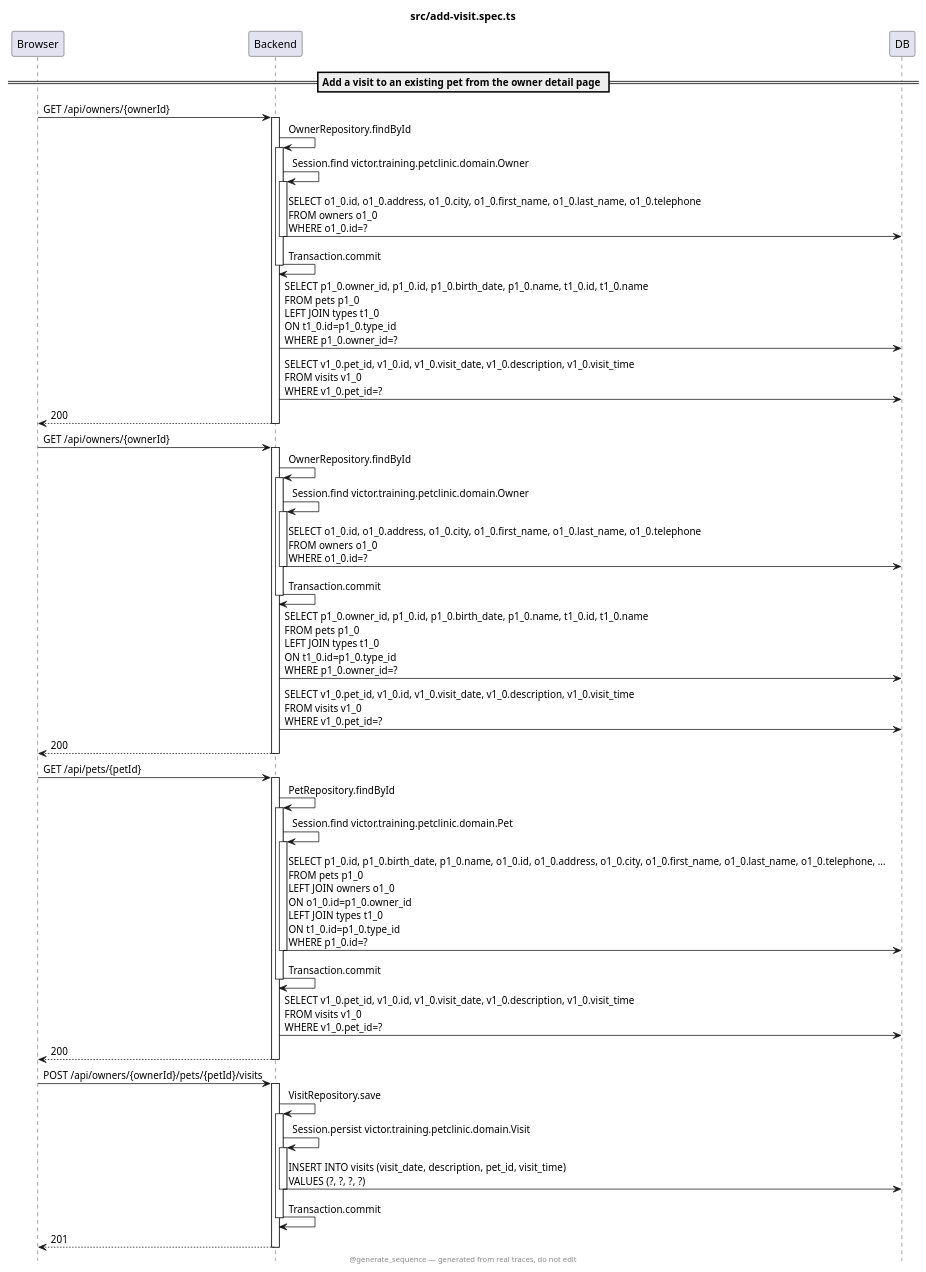
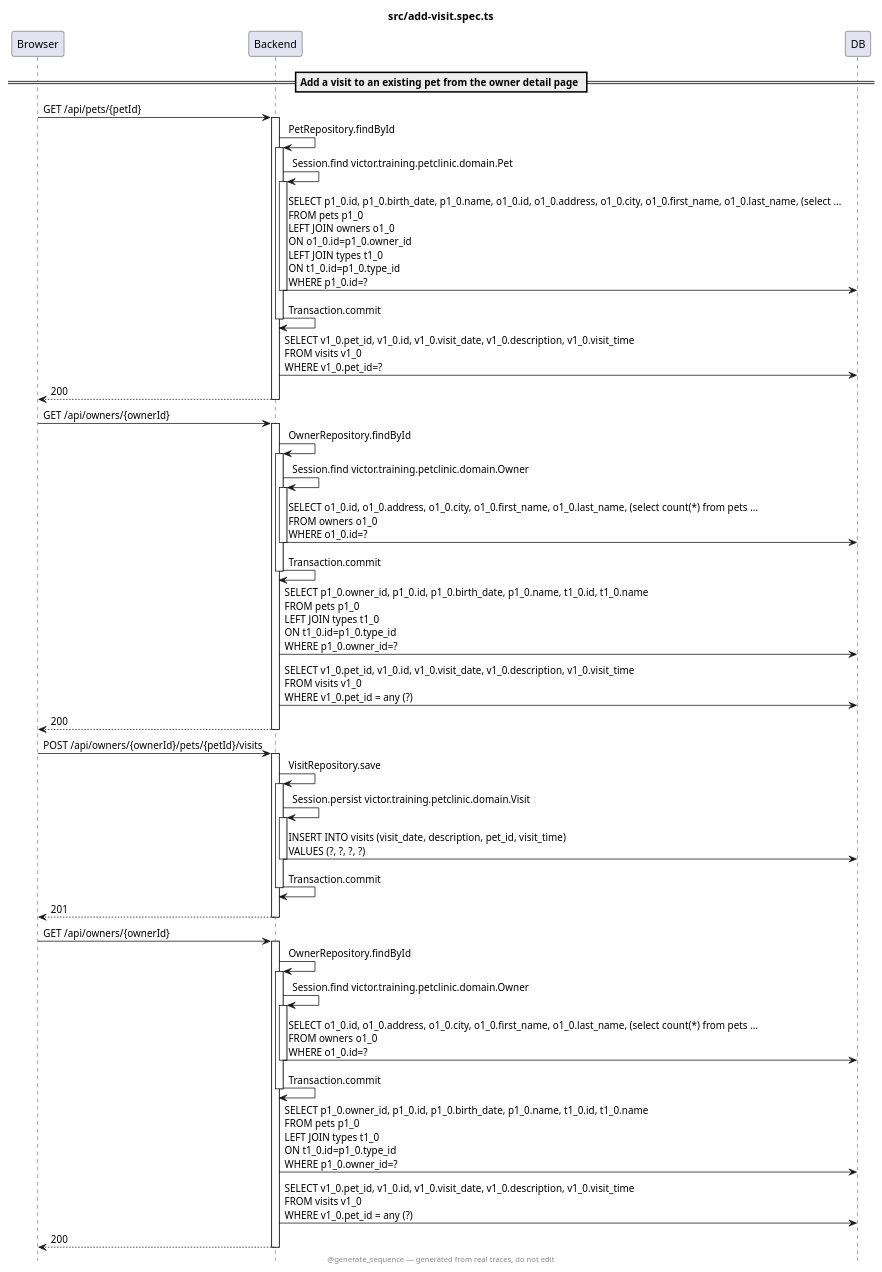
One commit to victorrentea/petclinic changed the diagram in petclinic-test/src/add-visit.spec.ts.seqgen.puml. Above: the diagram before and after it, drawn with PlantUML. The commit also changed 21 other files, not shown here.

First line of the commit message:
fix(seqgen): the diagram was lying about order, and about the SQL it drew

```diff
--- a/petclinic-test/src/add-visit.spec.ts.seqgen.puml
+++ b/petclinic-test/src/add-visit.spec.ts.seqgen.puml
@@ -1,75 +1,75 @@
 @startuml
 ' ⚠️  GENERATED FILE — DO NOT EDIT. Every edit is lost on the next run.
 ' Drawn from real Tempo traces of src/add-visit.spec.ts, for the scenarios tagged
 ' @generate_sequence. Change the test, not this file, then regenerate with
 ' petclinic-test/run-tests-with-tracing.sh
 '
 ' Detail shown here: SQL shown, values as ? · HTTP bodies not shown
 ' Want more or less? The traces already carry all of it — re-rendering replays
 ' them from Tempo (~1s): no test run, no backend, no browser, only Grafana up:
 '     cd petclinic-test
 '     npm run diagram:lean    # call flow only
 '     npm run diagram         # + the SQL statements
 '     npm run diagram:full    # + bound parameter values + JSON payloads
 '     SEQ_SQL=off|statement|values SEQ_HTTP_BODIES=0|1 npm run trace:diagram
 hide footbox
 title src/add-visit.spec.ts
 footer @generate_sequence — generated from real traces, do not edit
 participant Browser
 participant Backend
 participant DB
 == Add a visit to an existing pet from the owner detail page ==
-Browser -> Backend: GET /api/owners/{ownerId}
+Browser -> Backend: GET /api/pets/{petId}
 activate Backend
-Backend -> Backend: OwnerRepository.findById
+Backend -> Backend: PetRepository.findById
 activate Backend
-Backend -> Backend: Session.find victor.training.petclinic.domain.Owner
+Backend -> Backend: Session.find victor.training.petclinic.domain.Pet
 activate Backend
-Backend -> DB: SELECT o1_0.id, o1_0.address, o1_0.city, o1_0.first_name, o1_0.last_name, o1_0.telephone\nFROM owners o1_0\nWHERE o1_0.id=?
+Backend -> DB: SELECT p1_0.id, p1_0.birth_date, p1_0.name, o1_0.id, o1_0.address, o1_0.city, o1_0.first_name, o1_0.last_name, (select …\nFROM pets p1_0\nLEFT JOIN owners o1_0\nON o1_0.id=p1_0.owner_id\nLEFT JOIN types t1_0\nON t1_0.id=p1_0.type_id\nWHERE p1_0.id=?
 deactivate Backend
 Backend -> Backend: Transaction.commit
 deactivate Backend
-Backend -> DB: SELECT p1_0.owner_id, p1_0.id, p1_0.birth_date, p1_0.name, t1_0.id, t1_0.name\nFROM pets p1_0\nLEFT JOIN types t1_0\nON t1_0.id=p1_0.type_id\nWHERE p1_0.owner_id=?
 Backend -> DB: SELECT v1_0.pet_id, v1_0.id, v1_0.visit_date, v1_0.description, v1_0.visit_time\nFROM visits v1_0\nWHERE v1_0.pet_id=?
 Backend --> Browser: 200
 deactivate Backend
 Browser -> Backend: GET /api/owners/{ownerId}
 activate Backend
 Backend -> Backend: OwnerRepository.findById
 activate Backend
 Backend -> Backend: Session.find victor.training.petclinic.domain.Owner
 activate Backend
-Backend -> DB: SELECT o1_0.id, o1_0.address, o1_0.city, o1_0.first_name, o1_0.last_name, o1_0.telephone\nFROM owners o1_0\nWHERE o1_0.id=?
+Backend -> DB: SELECT o1_0.id, o1_0.address, o1_0.city, o1_0.first_name, o1_0.last_name, (select count(*) from pets …\nFROM owners o1_0\nWHERE o1_0.id=?
 deactivate Backend
 Backend -> Backend: Transaction.commit
 deactivate Backend
 Backend -> DB: SELECT p1_0.owner_id, p1_0.id, p1_0.birth_date, p1_0.name, t1_0.id, t1_0.name\nFROM pets p1_0\nLEFT JOIN types t1_0\nON t1_0.id=p1_0.type_id\nWHERE p1_0.owner_id=?
-Backend -> DB: SELECT v1_0.pet_id, v1_0.id, v1_0.visit_date, v1_0.description, v1_0.visit_time\nFROM visits v1_0\nWHERE v1_0.pet_id=?
-Backend --> Browser: 200
-deactivate Backend
-Browser -> Backend: GET /api/pets/{petId}
-activate Backend
-Backend -> Backend: PetRepository.findById
-activate Backend
-Backend -> Backend: Session.find victor.training.petclinic.domain.Pet
-activate Backend
-Backend -> DB: SELECT p1_0.id, p1_0.birth_date, p1_0.name, o1_0.id, o1_0.address, o1_0.city, o1_0.first_name, o1_0.last_name, o1_0.telephone, …\nFROM pets p1_0\nLEFT JOIN owners o1_0\nON o1_0.id=p1_0.owner_id\nLEFT JOIN types t1_0\nON t1_0.id=p1_0.type_id\nWHERE p1_0.id=?
-deactivate Backend
-Backend -> Backend: Transaction.commit
-deactivate Backend
-Backend -> DB: SELECT v1_0.pet_id, v1_0.id, v1_0.visit_date, v1_0.description, v1_0.visit_time\nFROM visits v1_0\nWHERE v1_0.pet_id=?
+Backend -> DB: SELECT v1_0.pet_id, v1_0.id, v1_0.visit_date, v1_0.description, v1_0.visit_time\nFROM visits v1_0\nWHERE v1_0.pet_id = any (?)
 Backend --> Browser: 200
 deactivate Backend
 Browser -> Backend: POST /api/owners/{ownerId}/pets/{petId}/visits
 activate Backend
 Backend -> Backend: VisitRepository.save
 activate Backend
 Backend -> Backend: Session.persist victor.training.petclinic.domain.Visit
 activate Backend
 Backend -> DB: INSERT INTO visits (visit_date, description, pet_id, visit_time)\nVALUES (?, ?, ?, ?)
 deactivate Backend
 Backend -> Backend: Transaction.commit
 deactivate Backend
 Backend --> Browser: 201
 deactivate Backend
+Browser -> Backend: GET /api/owners/{ownerId}
+activate Backend
+Backend -> Backend: OwnerRepository.findById
+activate Backend
+Backend -> Backend: Session.find victor.training.petclinic.domain.Owner
+activate Backend
+Backend -> DB: SELECT o1_0.id, o1_0.address, o1_0.city, o1_0.first_name, o1_0.last_name, (select count(*) from pets …\nFROM owners o1_0\nWHERE o1_0.id=?
+deactivate Backend
+Backend -> Backend: Transaction.commit
+deactivate Backend
+Backend -> DB: SELECT p1_0.owner_id, p1_0.id, p1_0.birth_date, p1_0.name, t1_0.id, t1_0.name\nFROM pets p1_0\nLEFT JOIN types t1_0\nON t1_0.id=p1_0.type_id\nWHERE p1_0.owner_id=?
+Backend -> DB: SELECT v1_0.pet_id, v1_0.id, v1_0.visit_date, v1_0.description, v1_0.visit_time\nFROM visits v1_0\nWHERE v1_0.pet_id = any (?)
+Backend --> Browser: 200
+deactivate Backend
 @enduml
```
